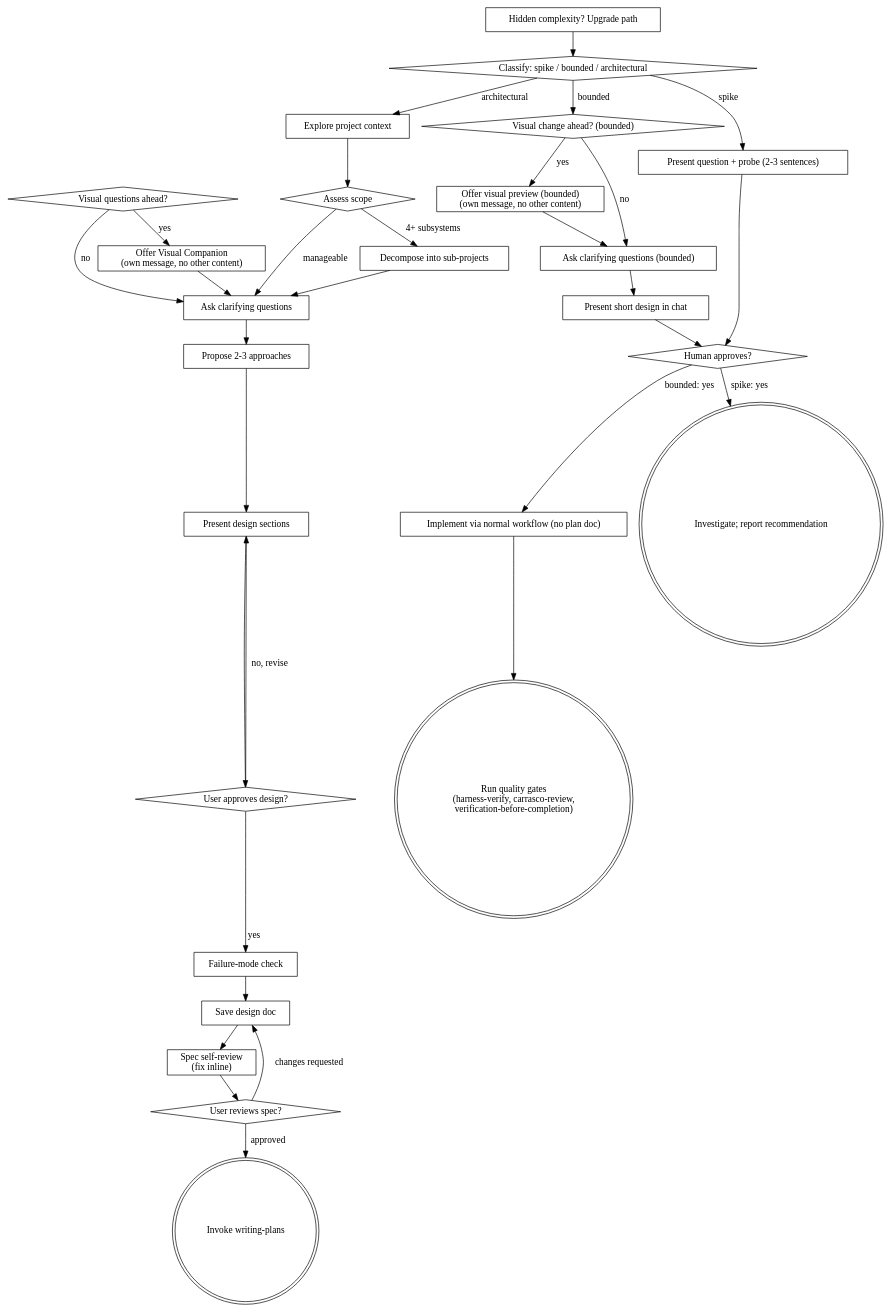
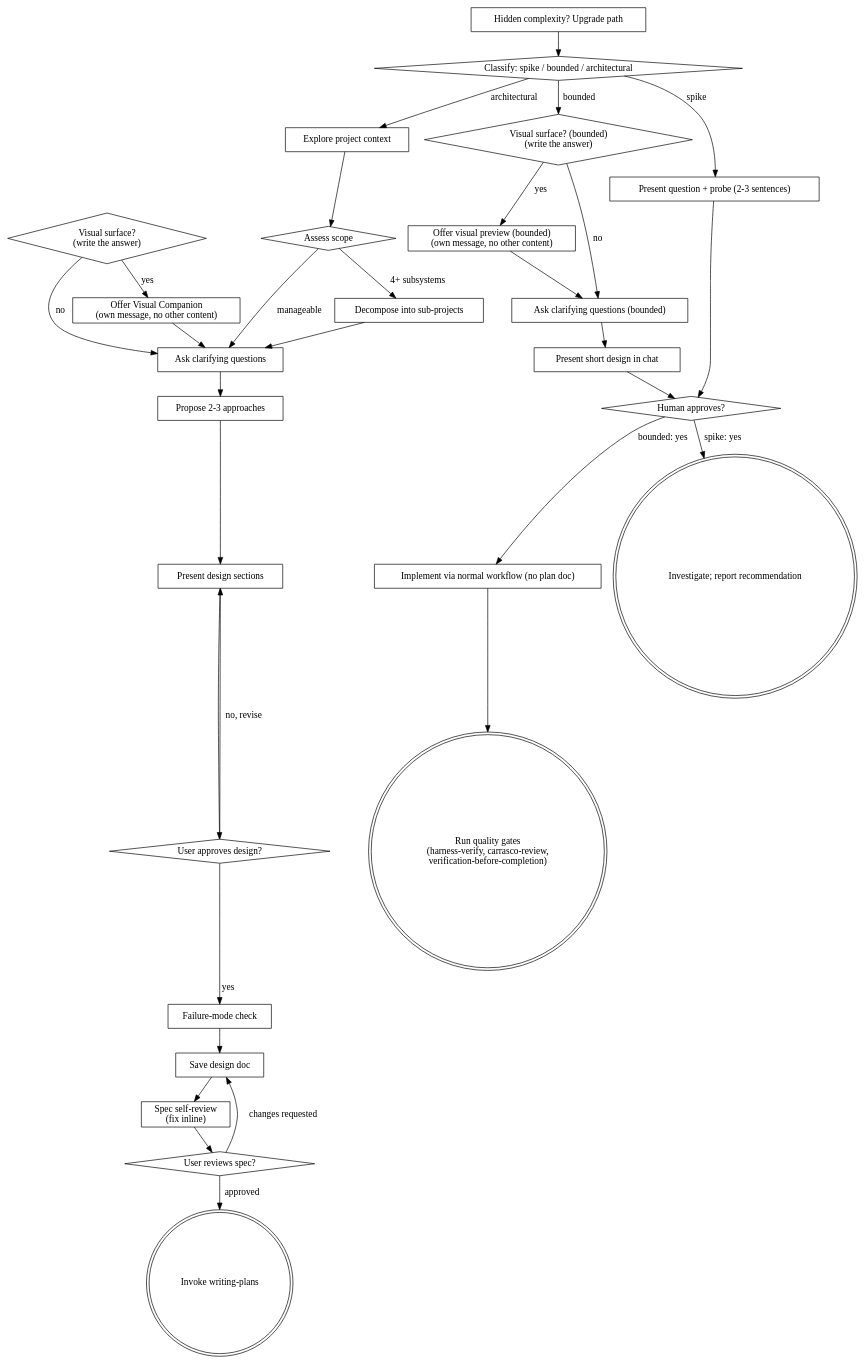
Before and after one commit to josuerf/superpowers: the diagram in skills/brainstorming/SKILL.md, drawn with Graphviz. The commit also changed other lines of this file, not shown here.

First line of the commit message:
feat(brainstorming): checagem de superficie visual no lugar do gatilho introspectivo

````diff
--- a/skills/brainstorming/SKILL.md
+++ b/skills/brainstorming/SKILL.md
@@ -165,60 +169,60 @@
 ```dot
 digraph brainstorming {
     "Classify: spike / bounded / architectural" [shape=diamond];
     "Present question + probe (2-3 sentences)" [shape=box];
-    "Visual change ahead? (bounded)" [shape=diamond];
+    "Visual surface? (bounded)\n(write the answer)" [shape=diamond];
     "Offer visual preview (bounded)\n(own message, no other content)" [shape=box];
     "Ask clarifying questions (bounded)" [shape=box];
     "Present short design in chat" [shape=box];
     "Human approves?" [shape=diamond];
     "Investigate; report recommendation" [shape=doublecircle];
     "Implement via normal workflow (no plan doc)" [shape=box];
     "Explore project context" [shape=box];
-    "Visual questions ahead?" [shape=diamond];
+    "Visual surface?\n(write the answer)" [shape=diamond];
     "Offer Visual Companion\n(own message, no other content)" [shape=box];
     "Assess scope" [shape=diamond];
     "Decompose into sub-projects" [shape=box];
     "Ask clarifying questions" [shape=box];
     "Propose 2-3 approaches" [shape=box];
     "Present design sections" [shape=box];
     "User approves design?" [shape=diamond];
     "Failure-mode check" [shape=box];
     "Save design doc" [shape=box];
     "Spec self-review\n(fix inline)" [shape=box];
     "User reviews spec?" [shape=diamond];
     "Invoke writing-plans" [shape=doublecircle];
     "Hidden complexity? Upgrade path" [shape=box];
     "Run quality gates\n(harness-verify, carrasco-review,\nverification-before-completion)" [shape=doublecircle];
 
     "Classify: spike / bounded / architectural" -> "Present question + probe (2-3 sentences)" [label="spike"];
-    "Classify: spike / bounded / architectural" -> "Visual change ahead? (bounded)" [label="bounded"];
+    "Classify: spike / bounded / architectural" -> "Visual surface? (bounded)\n(write the answer)" [label="bounded"];
     "Classify: spike / bounded / architectural" -> "Explore project context" [label="architectural"];
     "Present question + probe (2-3 sentences)" -> "Human approves?";
-    "Visual change ahead? (bounded)" -> "Offer visual preview (bounded)\n(own message, no other content)" [label="yes"];
-    "Visual change ahead? (bounded)" -> "Ask clarifying questions (bounded)" [label="no"];
+    "Visual surface? (bounded)\n(write the answer)" -> "Offer visual preview (bounded)\n(own message, no other content)" [label="yes"];
+    "Visual surface? (bounded)\n(write the answer)" -> "Ask clarifying questions (bounded)" [label="no"];
     "Offer visual preview (bounded)\n(own message, no other content)" -> "Ask clarifying questions (bounded)";
     "Ask clarifying questions (bounded)" -> "Present short design in chat";
     "Present short design in chat" -> "Human approves?";
     "Human approves?" -> "Investigate; report recommendation" [label="spike: yes"];
     "Human approves?" -> "Implement via normal workflow (no plan doc)" [label="bounded: yes"];
     "Implement via normal workflow (no plan doc)" -> "Run quality gates\n(harness-verify, carrasco-review,\nverification-before-completion)";
     "Hidden complexity? Upgrade path" -> "Classify: spike / bounded / architectural";
     "Explore project context" -> "Assess scope";
-    "Visual questions ahead?" -> "Offer Visual Companion\n(own message, no other content)" [label="yes"];
-    "Visual questions ahead?" -> "Ask clarifying questions" [label="no"];
+    "Visual surface?\n(write the answer)" -> "Offer Visual Companion\n(own message, no other content)" [label="yes"];
+    "Visual surface?\n(write the answer)" -> "Ask clarifying questions" [label="no"];
     "Offer Visual Companion\n(own message, no other content)" -> "Ask clarifying questions";
     "Assess scope" -> "Decompose into sub-projects" [label="4+ subsystems"];
     "Assess scope" -> "Ask clarifying questions" [label="manageable"];
     "Decompose into sub-projects" -> "Ask clarifying questions";
     "Ask clarifying questions" -> "Propose 2-3 approaches";
     "Propose 2-3 approaches" -> "Present design sections";
     "Present design sections" -> "User approves design?";
     "User approves design?" -> "Present design sections" [label="no, revise"];
     "User approves design?" -> "Failure-mode check" [label="yes"];
     "Failure-mode check" -> "Save design doc";
     "Save design doc" -> "Spec self-review\n(fix inline)";
     "Spec self-review\n(fix inline)" -> "User reviews spec?";
     "User reviews spec?" -> "Save design doc" [label="changes requested"];
     "User reviews spec?" -> "Invoke writing-plans" [label="approved"];
 }
 ```
````
